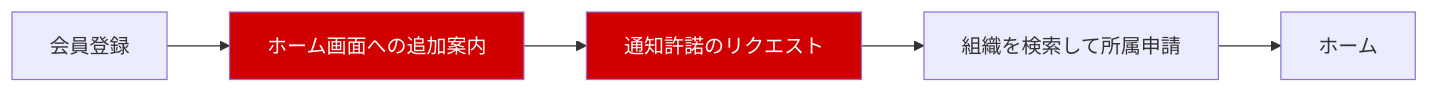
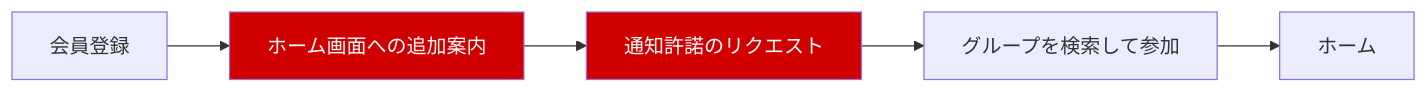
One commit to GitHatake/RoveringNow changed the ninth of 11 diagrams in docs/10_source/01_basic_design.md. Above: the diagram before and after it, drawn with Mermaid. The commit also changed other lines of this file and 2 other files, not shown here.

````diff
--- a/docs/10_source/01_basic_design.md
+++ b/docs/10_source/01_basic_design.md
@@ -722,10 +914,10 @@
 ```mermaid
 flowchart LR
     A[会員登録] --> B[ホーム画面への追加案内]
     B --> C[通知許諾のリクエスト]
-    C --> D[組織を検索して所属申請]
+    C --> D[グループを検索して参加]
     D --> E[ホーム]
 
     style B fill:#d00000,color:#fff
     style C fill:#d00000,color:#fff
 ```
````
